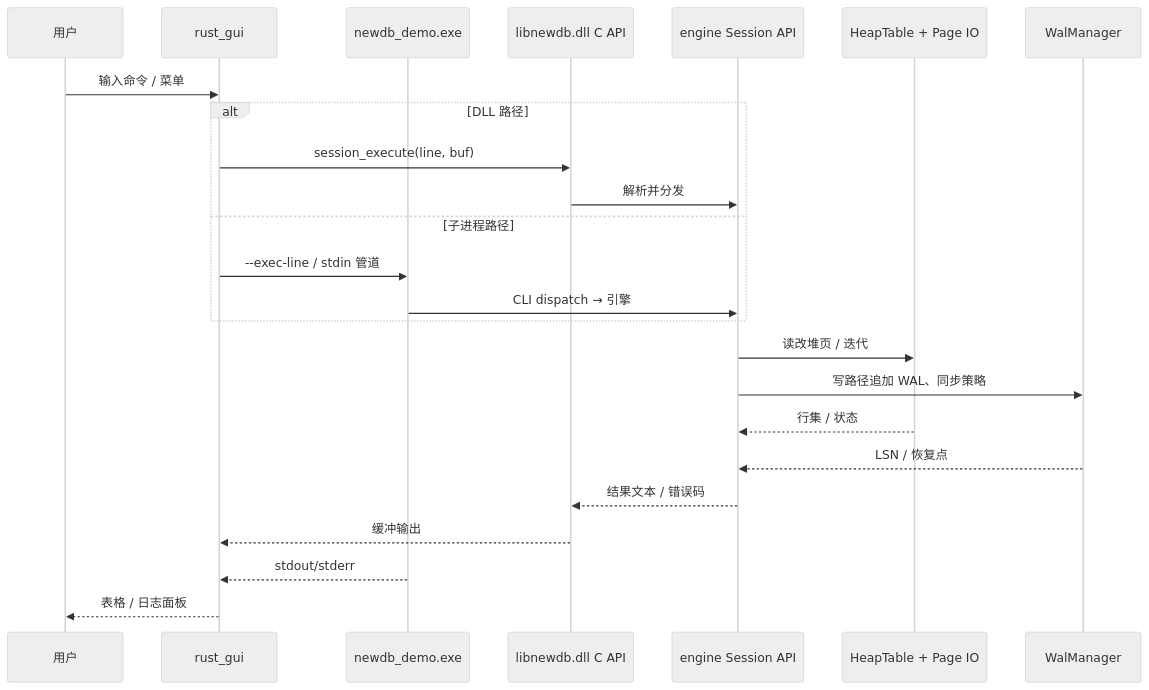
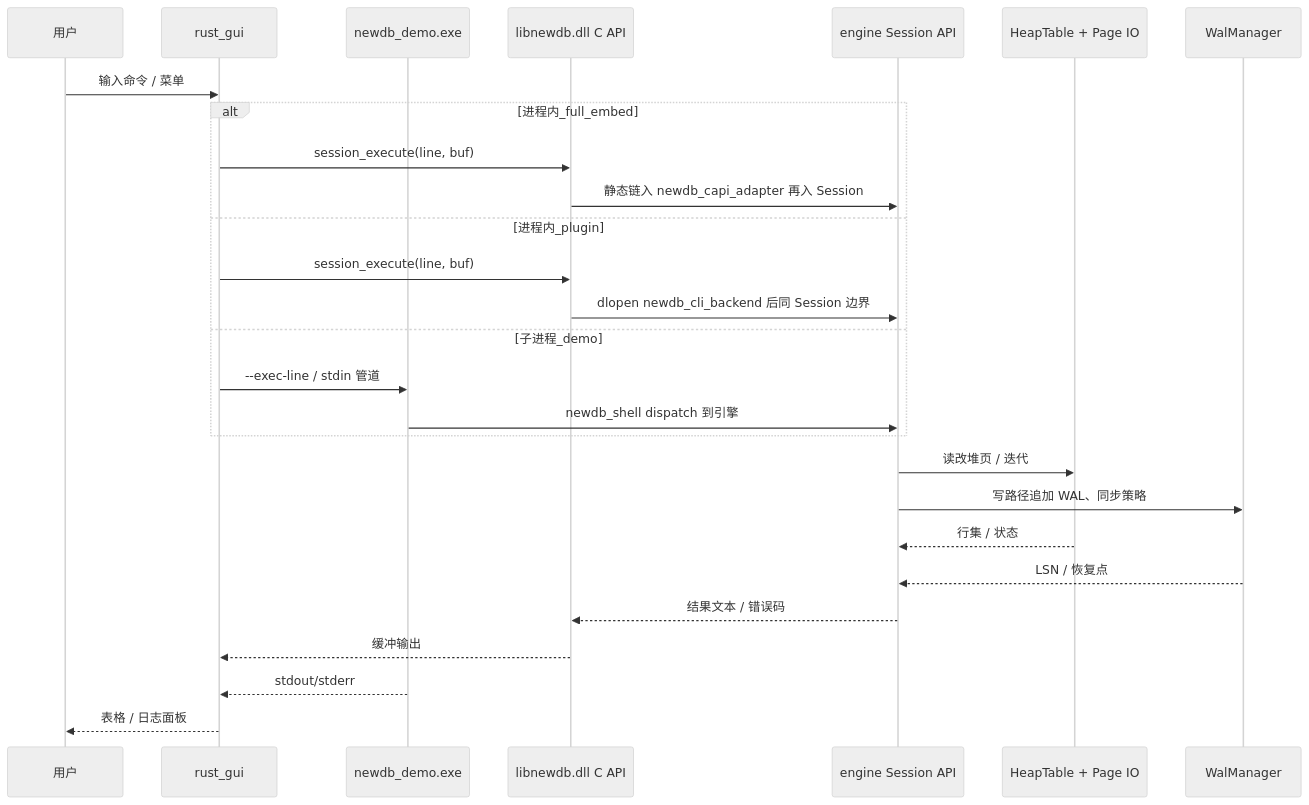
Before and after one commit to skyline019/database: the third of 4 diagrams in readme.md, drawn with Mermaid (neutral theme). The commit also changed other lines of this file and 212 other files, not shown here.

First line of the commit message:
feat: shell/session 分层、重排 id 映射与 GUI 撤销重做增强

````diff
--- a/readme.md
+++ b/readme.md
@@ -68,27 +103,30 @@
 ```mermaid
 sequenceDiagram
   participant U as 用户
   participant G as rust_gui
   participant D as newdb_demo.exe
   participant L as libnewdb.dll C API
   participant S as engine Session API
   participant H as HeapTable + Page IO
   participant W as WalManager
 
   U->>G: 输入命令 / 菜单
-  alt DLL 路径
+  alt 进程内_full_embed
     G->>L: session_execute(line, buf)
-    L->>S: 解析并分发
-  else 子进程路径
+    L->>S: 静态链入 newdb_capi_adapter 再入 Session
+  else 进程内_plugin
+    G->>L: session_execute(line, buf)
+    L->>S: dlopen newdb_cli_backend 后同 Session 边界
+  else 子进程_demo
     G->>D: --exec-line / stdin 管道
-    D->>S: CLI dispatch → 引擎
+    D->>S: newdb_shell dispatch 到引擎
   end
   S->>H: 读改堆页 / 迭代
   S->>W: 写路径追加 WAL、同步策略
   H-->>S: 行集 / 状态
   W-->>S: LSN / 恢复点
   S-->>L: 结果文本 / 错误码
   L-->>G: 缓冲输出
   D-->>G: stdout/stderr
   G-->>U: 表格 / 日志面板
 ```
````
